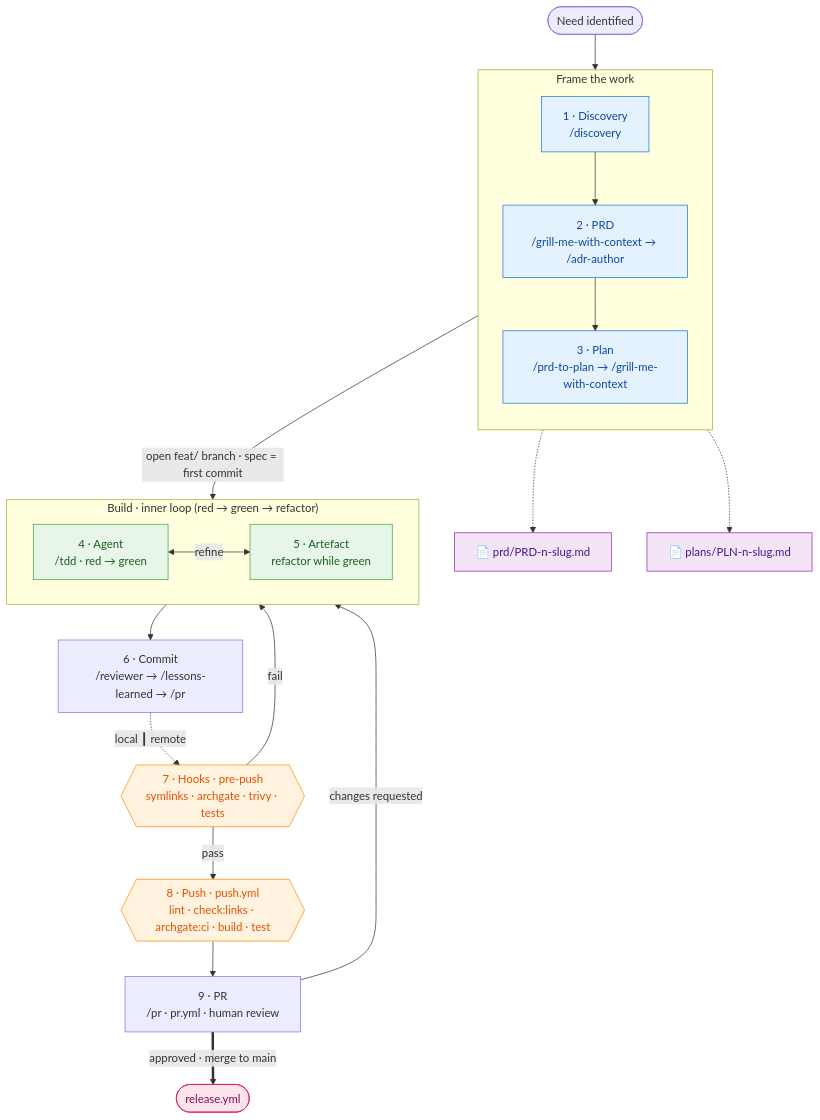
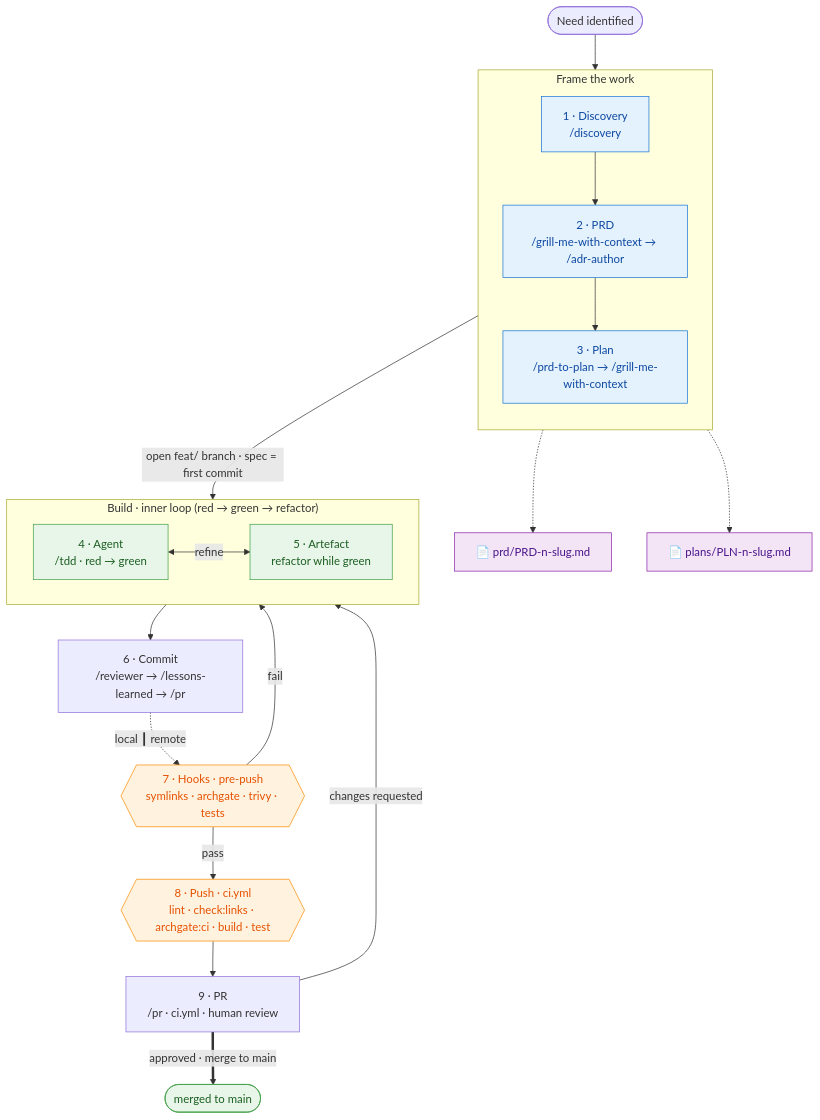
One commit to stefanstelzer/lean-harness-ai-sdlc changed the second of 5 diagrams in WORKFLOW.md. Above: the diagram before and after it, drawn with Mermaid. The commit also changed other lines of this file and 21 other files, not shown here.

````diff
--- a/WORKFLOW.md
+++ b/WORKFLOW.md
@@ -99,39 +99,39 @@
 ```mermaid
 flowchart TD
   classDef front fill:#e3f2fd,stroke:#1976d2,color:#0d47a1;
   classDef build fill:#e8f5e9,stroke:#43a047,color:#1b5e20;
   classDef gate fill:#fff3e0,stroke:#fb8c00,color:#e65100;
   classDef doc fill:#f3e5f5,stroke:#8e24aa,color:#4a148c;
   classDef rel fill:#fce4ec,stroke:#d81b60,color:#880e4f;
 
   start(["Need identified"]) --> P1
 
   subgraph FRONT["Frame the work"]
     direction TB
     P1["1 · Discovery<br/>/discovery"] --> P2["2 · PRD<br/>/grill-me-with-context → /adr-author"]
     P2 --> P3["3 · Plan<br/>/prd-to-plan → /grill-me-with-context"]
   end
 
   P1 -.-> docPRD["📄 prd/PRD-n-slug.md"]
   P3 -.-> docPLN["📄 plans/PLN-n-slug.md"]
   P3 -->|"open feat/ branch · spec = first commit"| P4
 
   subgraph BUILD["Build · inner loop  (red → green → refactor)"]
     direction LR
     P4["4 · Agent<br/>/tdd · red → green"] <-->|"refine"| P5["5 · Artefact<br/>refactor while green"]
   end
   P5 --> P6["6 · Commit<br/>/reviewer → /lessons-learned → /pr"]
 
   P6 -.->|"local ┃ remote"| G7{{"7 · Hooks · pre-push<br/>symlinks · archgate · trivy · tests"}}
   G7 -->|"fail"| P4
-  G7 -->|"pass"| G8{{"8 · Push · push.yml<br/>lint · check:links · archgate:ci · build · test"}}
-  G8 --> P9["9 · PR<br/>/pr · pr.yml · human review"]
+  G7 -->|"pass"| G8{{"8 · Push · ci.yml<br/>lint · check:links · archgate:ci · build · test"}}
+  G8 --> P9["9 · PR<br/>/pr · ci.yml · human review"]
   P9 -->|"changes requested"| P4
-  P9 ==>|"approved · merge to main"| REL(["release.yml"])
+  P9 ==>|"approved · merge to main"| MG(["merged to main"])
 
   class P1,P2,P3 front;
   class P4,P5 build;
   class G7,G8 gate;
   class docPRD,docPLN doc;
-  class REL rel;
+  class MG build;
 ```
````
